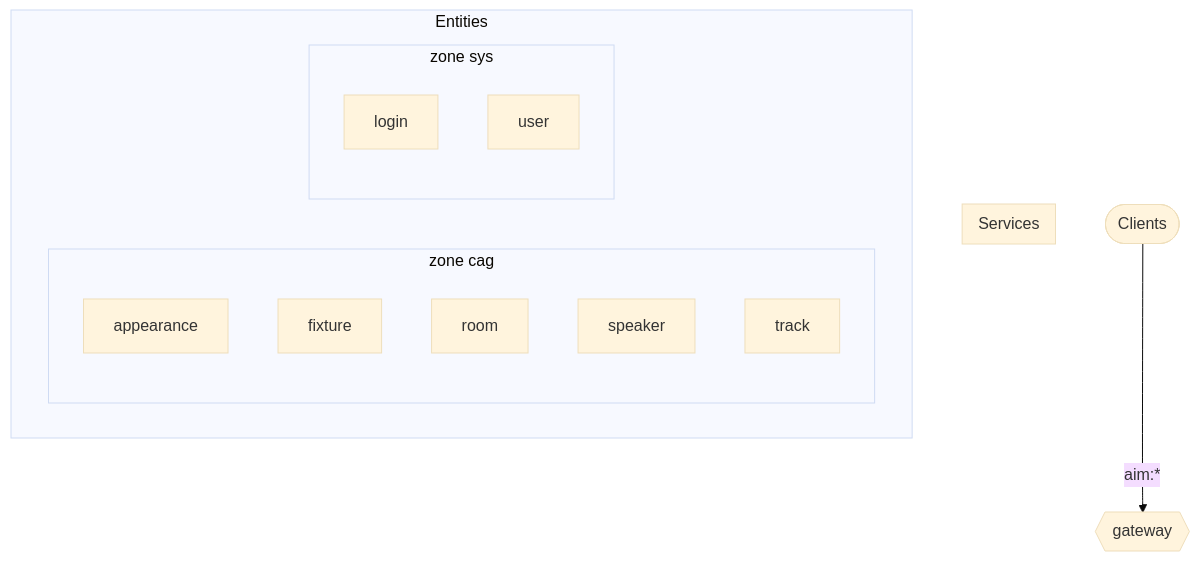
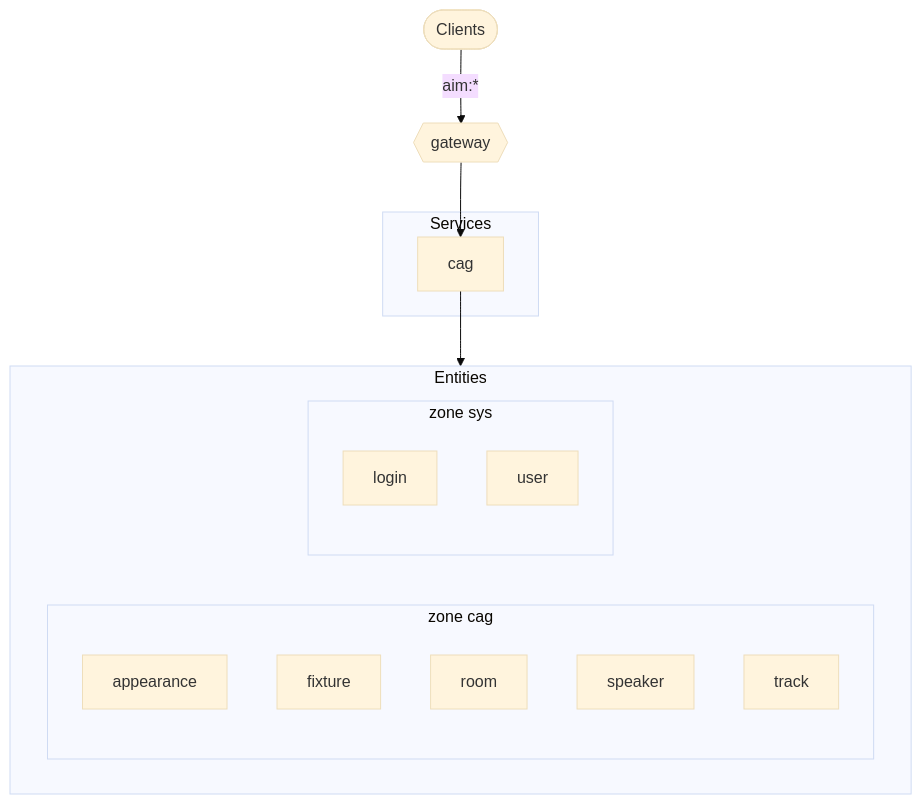
One commit to voxgig/conf-agenda changed the first of 2 diagrams in docs/reference/system-map.md. Above: the diagram before and after it, drawn with Mermaid (base theme). The commit also changed 11 other files, not shown here.

````diff
--- a/docs/reference/system-map.md
+++ b/docs/reference/system-map.md
@@ -10,19 +10,22 @@
 ```mermaid
 flowchart TB
   client([Clients]) -->|aim:*| gateway{{gateway}}
   subgraph services[Services]
+    srv_cag[cag]
   end
+  gateway --> srv_cag
   subgraph data[Entities]
     subgraph zone_cag[zone cag]
       cag_appearance[appearance]
       cag_fixture[fixture]
       cag_room[room]
       cag_speaker[speaker]
       cag_track[track]
     end
     subgraph zone_sys[zone sys]
       sys_login[login]
       sys_user[user]
     end
   end
+  srv_cag --> data
 ```
````
